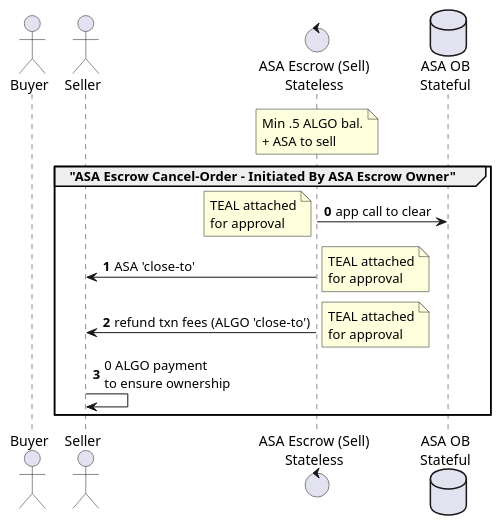
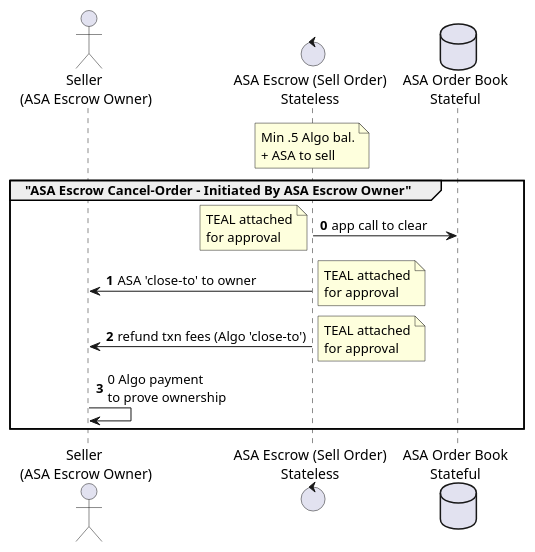
One commit to algodex/algodex-architecture changed the diagram in diagrams/asa_escrow_cancel_order.puml. Above: the diagram before and after it, drawn with PlantUML. The commit also changed 18 other files, not shown here.

Commit message:
Add architecture updates

```diff
--- a/diagrams/asa_escrow_cancel_order.puml
+++ b/diagrams/asa_escrow_cancel_order.puml
@@ -1,19 +1,18 @@
 @startuml
-actor Buyer
-actor Seller
-control "ASA Escrow (Sell)\nStateless" as ASAEscrow
-database "ASA OB\nStateful" as ASAOB
-note over ASAEscrow: Min .5 ALGO bal.\n+ ASA to sell
+actor "Seller \n(ASA Escrow Owner)" as Seller
+control "ASA Escrow (Sell Order)\nStateless" as ASAEscrow
+database "ASA Order Book\nStateful" as ASAOB
+note over ASAEscrow: Min .5 Algo bal.\n+ ASA to sell
 
 group "ASA Escrow Cancel-Order - Initiated By ASA Escrow Owner"
 autonumber 0
 ASAEscrow -> ASAOB: app call to clear
 note left: TEAL attached\nfor approval
-ASAEscrow -> Seller: ASA 'close-to'
+ASAEscrow -> Seller: ASA 'close-to' to owner
 note right: TEAL attached\nfor approval
-ASAEscrow -> Seller: refund txn fees (ALGO 'close-to')
+ASAEscrow -> Seller: refund txn fees (Algo 'close-to')
 note right: TEAL attached\nfor approval
-Seller -> Seller: 0 ALGO payment\nto ensure ownership
+Seller -> Seller: 0 Algo payment\nto prove ownership
 end
 
 @enduml
```
